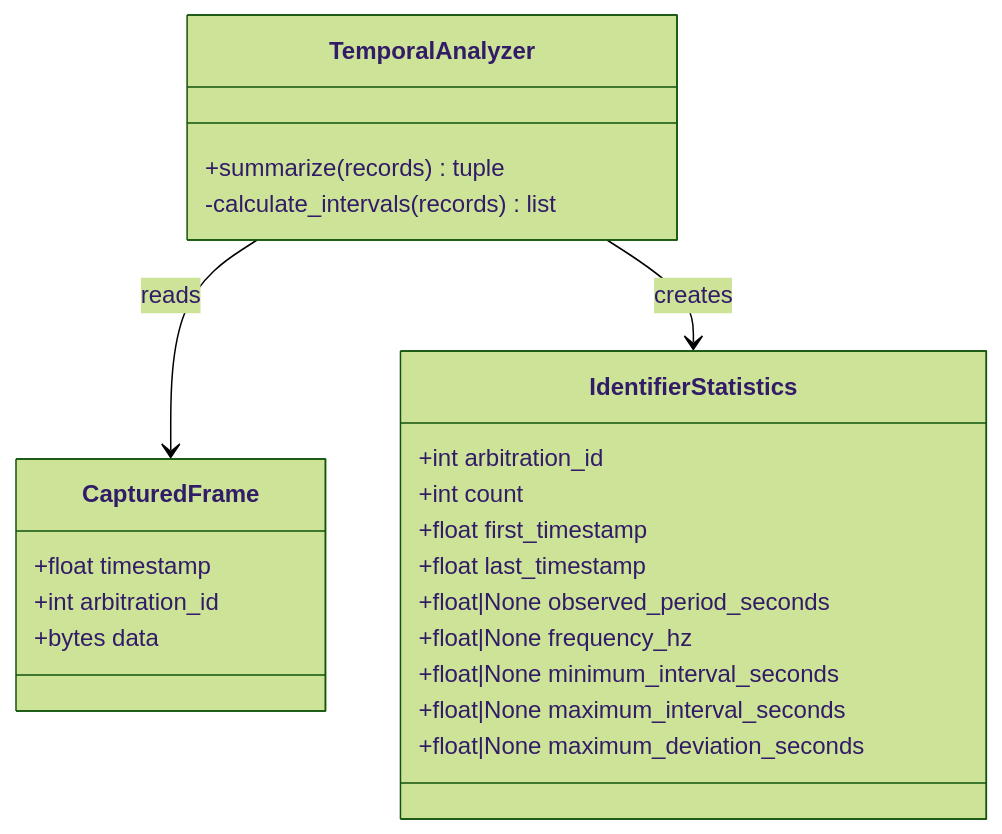
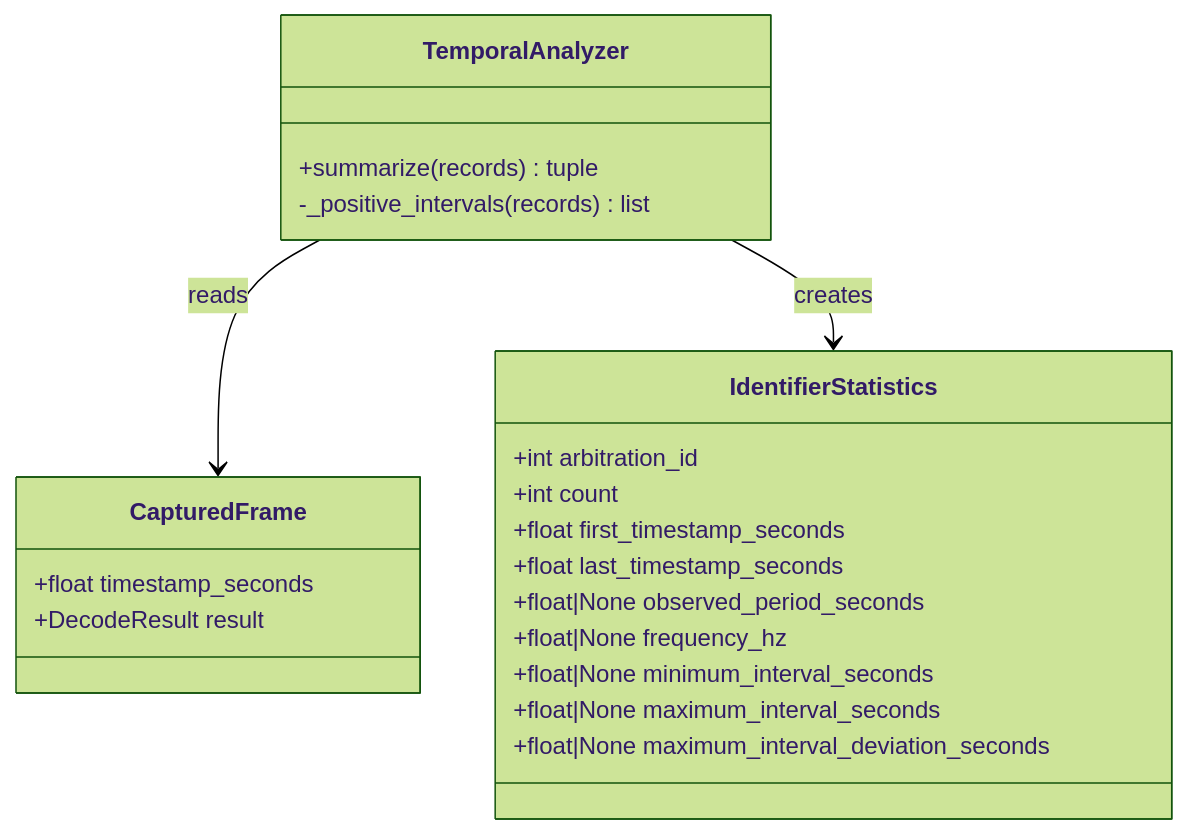
Before and after one commit to benoit-bremaud/can-sniffer: the diagram in docs/architecture/diagrams/cadence-jitter/03-class.md, drawn with Mermaid (forest theme). The commit also changed other lines of this file and 7 other files, not shown here.

Commit message:
fix(analysis): clarify interval deviation metric

````diff
--- a/docs/architecture/diagrams/cadence-jitter/03-class.md
+++ b/docs/architecture/diagrams/cadence-jitter/03-class.md
@@ -14,28 +14,27 @@
 ```mermaid
 classDiagram
     class CapturedFrame {
-        +float timestamp
-        +int arbitration_id
-        +bytes data
+        +float timestamp_seconds
+        +DecodeResult result
     }
 
     class IdentifierStatistics {
         +int arbitration_id
         +int count
-        +float first_timestamp
-        +float last_timestamp
+        +float first_timestamp_seconds
+        +float last_timestamp_seconds
         +float|None observed_period_seconds
         +float|None frequency_hz
         +float|None minimum_interval_seconds
         +float|None maximum_interval_seconds
-        +float|None maximum_deviation_seconds
+        +float|None maximum_interval_deviation_seconds
     }
 
     class TemporalAnalyzer {
         +summarize(records) tuple
-        -calculate_intervals(records) list
+        -_positive_intervals(records) list
     }
 
     TemporalAnalyzer --> CapturedFrame : reads
     TemporalAnalyzer --> IdentifierStatistics : creates
 ```
````
